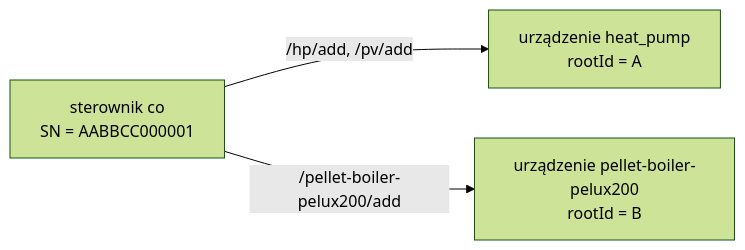
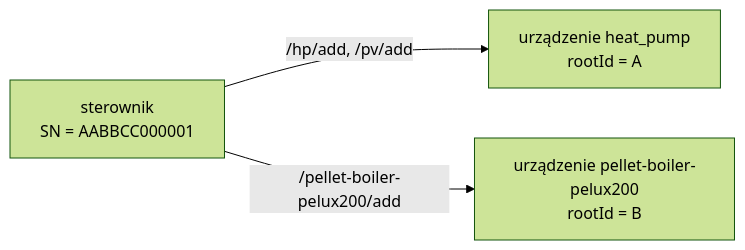
Before and after one commit to robertorlowski/chpc-web: the third of 6 diagrams in docs/moduly/core/2-zasada-dzialania.md, drawn with Mermaid (forest theme). The commit also changed other lines of this file and 51 other files, not shown here.

````diff
--- a/docs/moduly/core/2-zasada-dzialania.md
+++ b/docs/moduly/core/2-zasada-dzialania.md
@@ -83,5 +83,5 @@
 ```mermaid
 flowchart LR
-    SN["sterownik co<br/>SN = AABBCC000001"] -- "/hp/add, /pv/add" --> HP["urządzenie heat_pump<br/>rootId = A"]
+    SN["sterownik<br/>SN = AABBCC000001"] -- "/hp/add, /pv/add" --> HP["urządzenie heat_pump<br/>rootId = A"]
     SN -- "/pellet-boiler-pelux200/add" --> PB["urządzenie pellet-boiler-pelux200<br/>rootId = B"]
 ```
````
